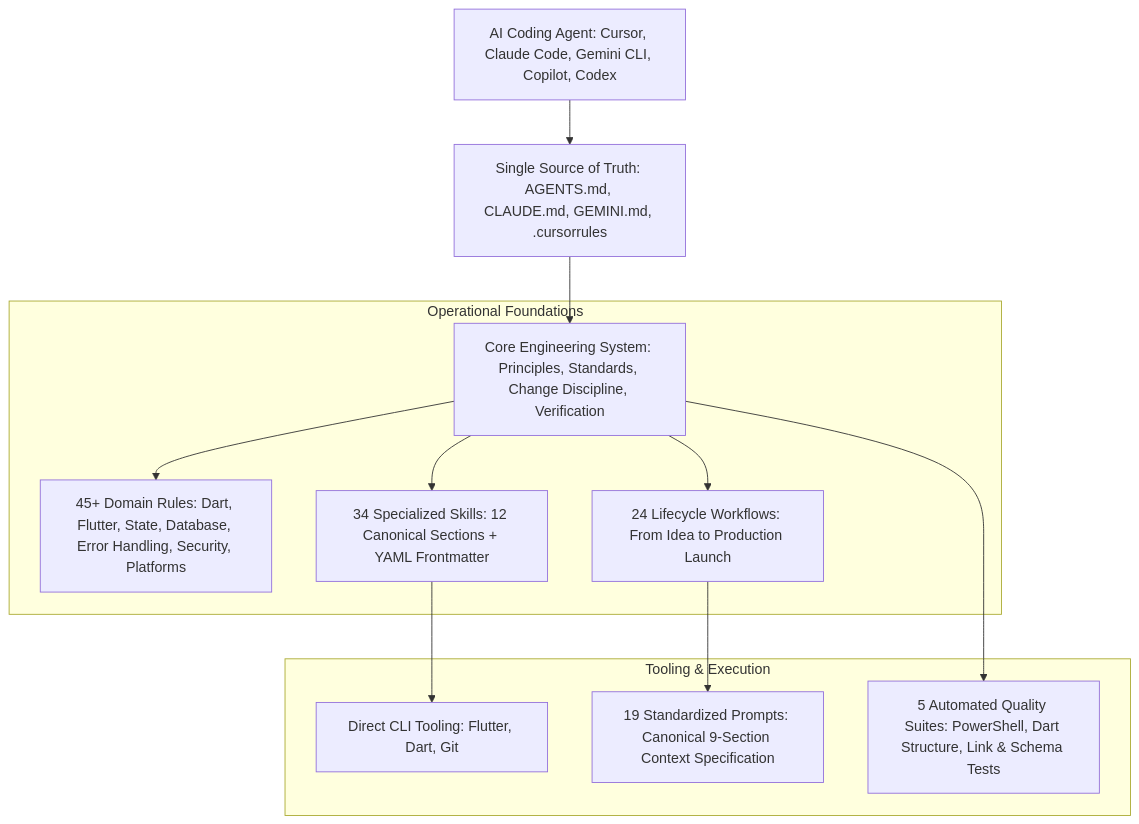
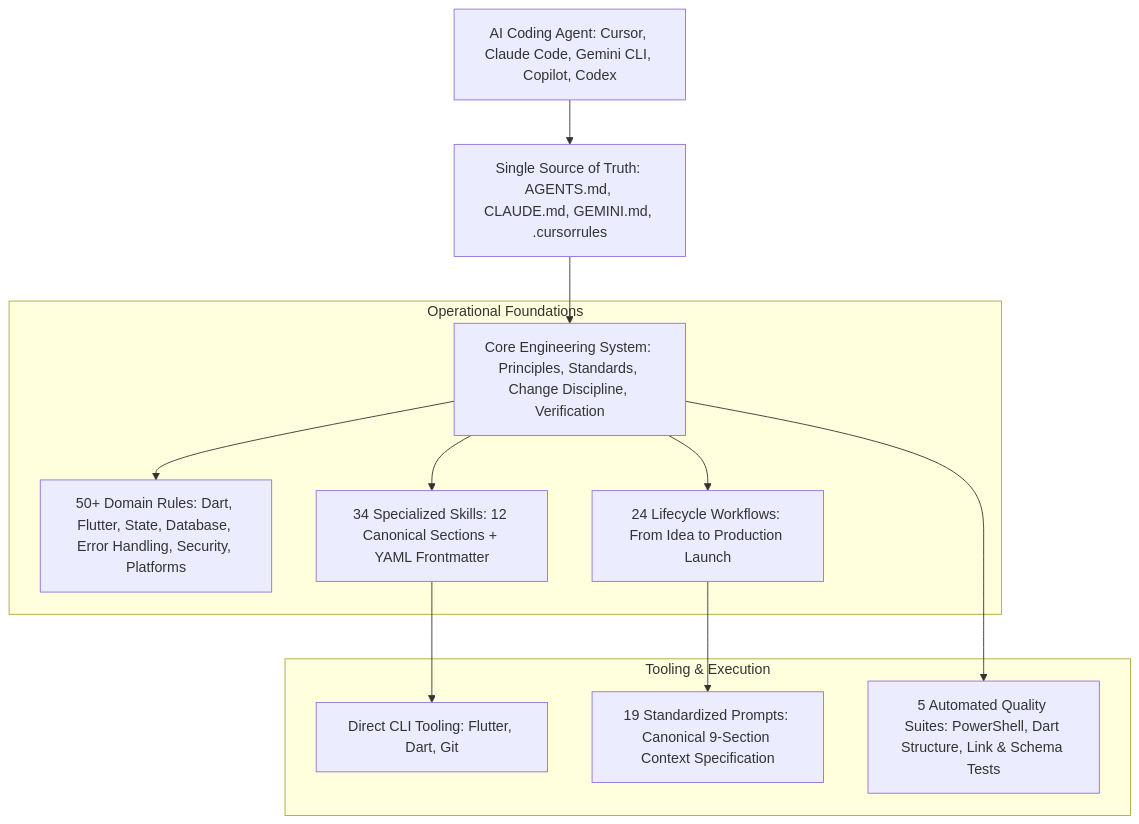
Before and after one commit to valaprashant97/flutter-agent-kit: the diagram in README.md, drawn with Mermaid. The commit also changed other lines of this file and 4 other files, not shown here.

Commit message:
docs(system): synchronize architecture catalogs, release notes, and tasks roadmap

````diff
--- a/README.md
+++ b/README.md
@@ -33,17 +33,17 @@
 ```mermaid
 graph TD
     Agent[AI Coding Agent: Cursor, Claude Code, Gemini CLI, Copilot, Codex] --> Entry[Single Source of Truth: AGENTS.md, CLAUDE.md, GEMINI.md, .cursorrules]
     Entry --> Core[Core Engineering System: Principles, Standards, Change Discipline, Verification]
     
     subgraph Operational Foundations
-        Core --> Rules[45+ Domain Rules: Dart, Flutter, State, Database, Error Handling, Security, Platforms]
+        Core --> Rules[50+ Domain Rules: Dart, Flutter, State, Database, Error Handling, Security, Platforms]
         Core --> Skills[34 Specialized Skills: 12 Canonical Sections + YAML Frontmatter]
         Core --> Workflows[24 Lifecycle Workflows: From Idea to Production Launch]
     end
     
     subgraph Tooling & Execution
         Skills --> CLI[Direct CLI Tooling: Flutter, Dart, Git]
         Workflows --> Prompts[19 Standardized Prompts: Canonical 9-Section Context Specification]
         Core --> Validation[5 Automated Quality Suites: PowerShell, Dart Structure, Link & Schema Tests]
     end
 ```
````
